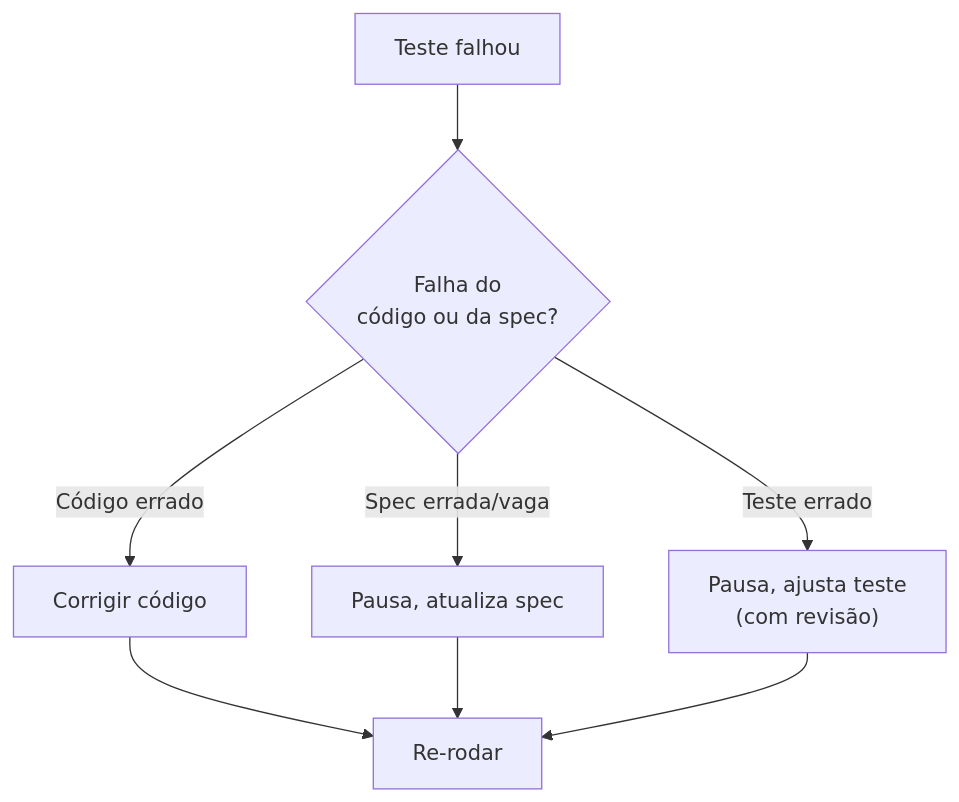
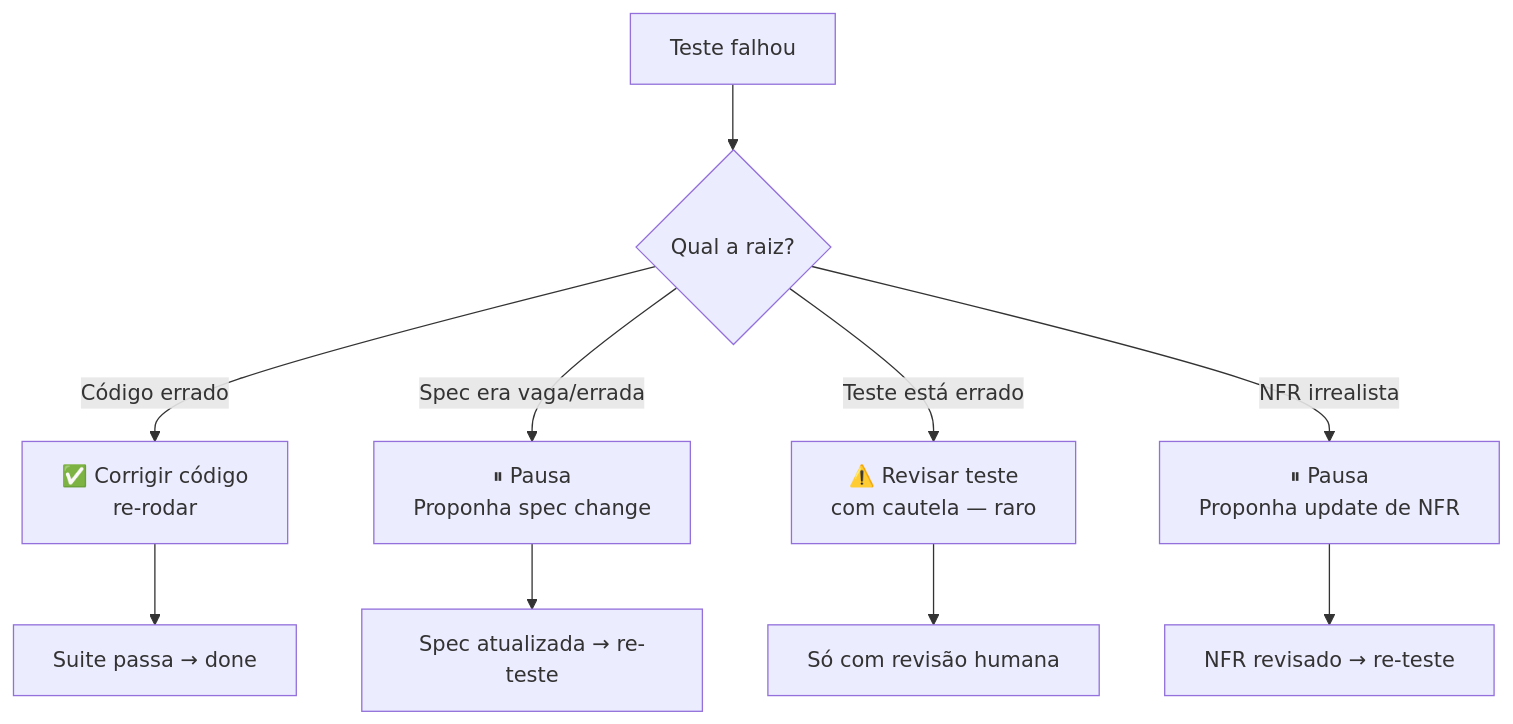
Before and after one commit to josenaldo/codex-technomanticus: the third of 4 diagrams in 03-Dominios/Tecnologia/IA/Spec-Driven Development/06 - Fase Implement — execução disciplinada.md, drawn with Mermaid. The commit also changed other lines of this file, not shown here.

````diff
--- a/03-Dominios/Tecnologia/IA/Spec-Driven Development/06 - Fase Implement — execução disciplinada.md
+++ b/03-Dominios/Tecnologia/IA/Spec-Driven Development/06 - Fase Implement — execução disciplinada.md
@@ -137,10 +211,12 @@
 ```mermaid
 graph TB
-    A["Teste falhou"] --> B{"Falha do<br/>código ou da spec?"}
-    B -->|Código errado| C["Corrigir código"]
-    B -->|Spec errada/vaga| D["Pausa, atualiza spec"]
-    B -->|Teste errado| E["Pausa, ajusta teste<br/>(com revisão)"]
-    C --> F["Re-rodar"]
-    D --> F
-    E --> F
+    A["Teste falhou"] --> B{"Qual a raiz?"}
+    B -->|"Código errado"| C["✅ Corrigir código\nre-rodar"]
+    B -->|"Spec era vaga/errada"| D["⏸ Pausa\nProponha spec change"]
+    B -->|"Teste está errado"| E["⚠️ Revisar teste\ncom cautela — raro"]
+    B -->|"NFR irrealista"| F["⏸ Pausa\nProponha update de NFR"]
+    C --> G["Suite passa → done"]
+    D --> H["Spec atualizada → re-teste"]
+    E --> I["Só com revisão humana"]
+    F --> J["NFR revisado → re-teste"]
 ```
````
